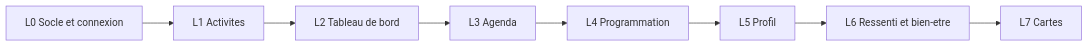
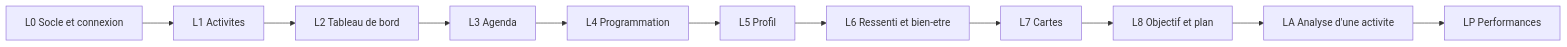
The third of 3 diagrams in CLAUDE.md (quentinmonnier04/appli-triathlon), drawn with Mermaid before and after one commit. The commit also changed other lines of this file, not shown here.

Commit message:
CDC : lots LA (analyse d'une activité, F-100 à F-106) et LP (performances, F-110 à F-116, E-12) (D-31)

````diff
--- a/CLAUDE.md
+++ b/CLAUDE.md
@@ -387,10 +415,13 @@
 ```mermaid
 flowchart LR
     L0["L0 Socle et connexion"] --> L1["L1 Activites"]
     L1 --> L2["L2 Tableau de bord"]
     L2 --> L3["L3 Agenda"]
     L3 --> L4["L4 Programmation"]
     L4 --> L5["L5 Profil"]
     L5 --> L6["L6 Ressenti et bien-etre"]
     L6 --> L7["L7 Cartes"]
+    L7 --> L8["L8 Objectif et plan"]
+    L8 --> LA["LA Analyse d'une activite"]
+    LA --> LP["LP Performances"]
 ```
````
